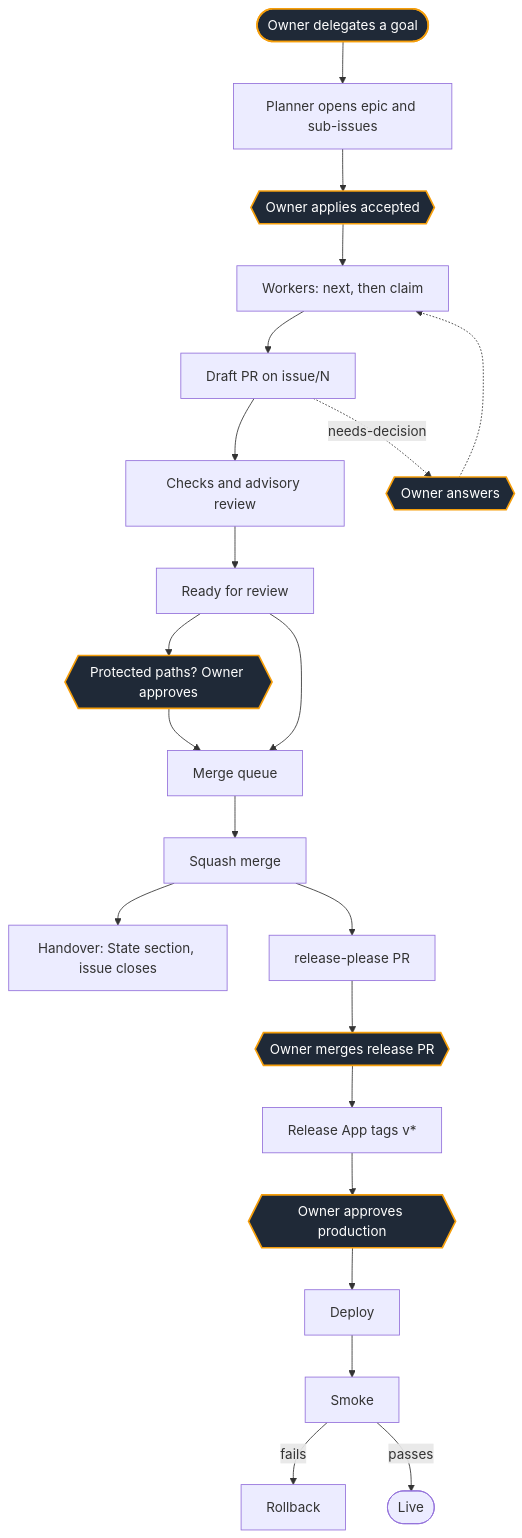
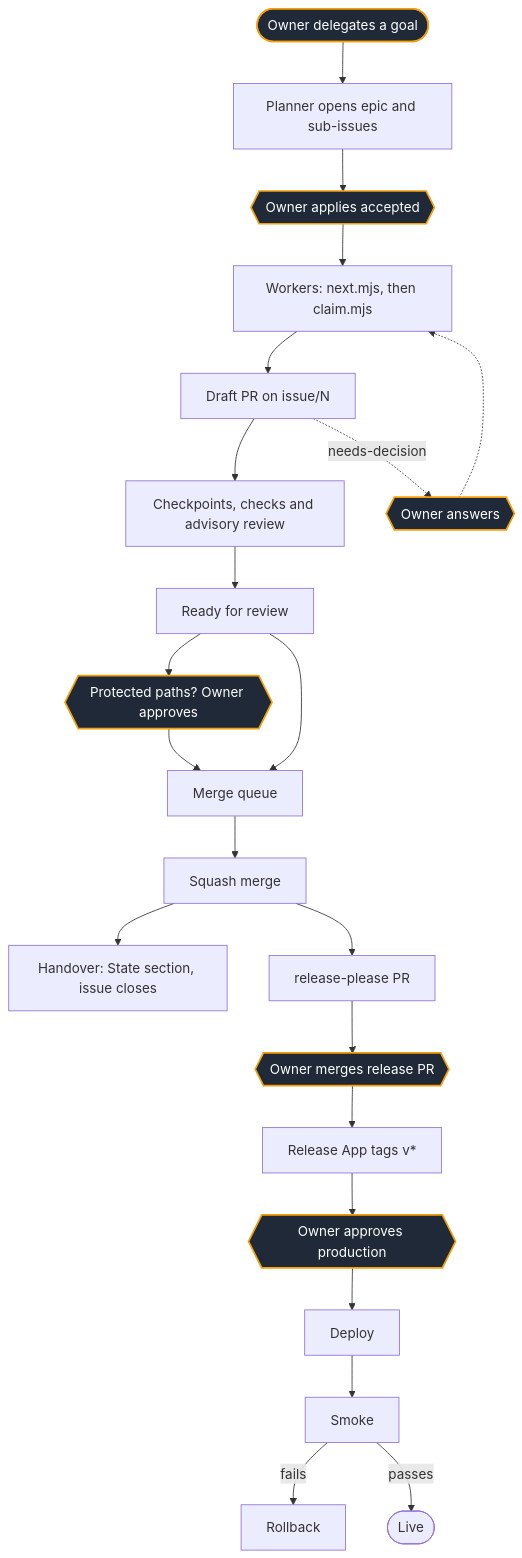
One commit to wimdotgg/groundwork changed the diagram in docs/workflow.md. Above: the diagram before and after it, drawn with Mermaid. The commit also changed other lines of this file and 3 other files, not shown here.

````diff
--- a/docs/workflow.md
+++ b/docs/workflow.md
@@ -9,26 +9,26 @@
 ```mermaid
 flowchart TD
   G([Owner delegates a goal]):::gate --> P[Planner opens epic and sub-issues]
   P --> A{{Owner applies accepted}}:::gate
-  A --> N[Workers: next, then claim]
+  A --> N[Workers: next.mjs, then claim.mjs]
   N --> D[Draft PR on issue/N]
-  D --> C[Checks and advisory review]
+  D --> C[Checkpoints, checks and advisory review]
   C --> R[Ready for review]
   R --> PP{{Protected paths? Owner approves}}:::gate
   PP --> Q[Merge queue]
   R --> Q
   Q --> S[Squash merge]
   S --> H[Handover: State section, issue closes]
   S --> RP[release-please PR]
   RP --> M{{Owner merges release PR}}:::gate
   M --> T[Release App tags v*]
   T --> AP{{Owner approves production}}:::gate
   AP --> DP[Deploy]
   DP --> SM[Smoke]
   SM -->|fails| RB[Rollback]
   SM -->|passes| OK([Live])
   D -. needs-decision .-> ND{{Owner answers}}:::gate
   ND -.-> N
 
   classDef gate fill:#1f2937,stroke:#f59e0b,color:#ffffff,stroke-width:2px
 ```
````
